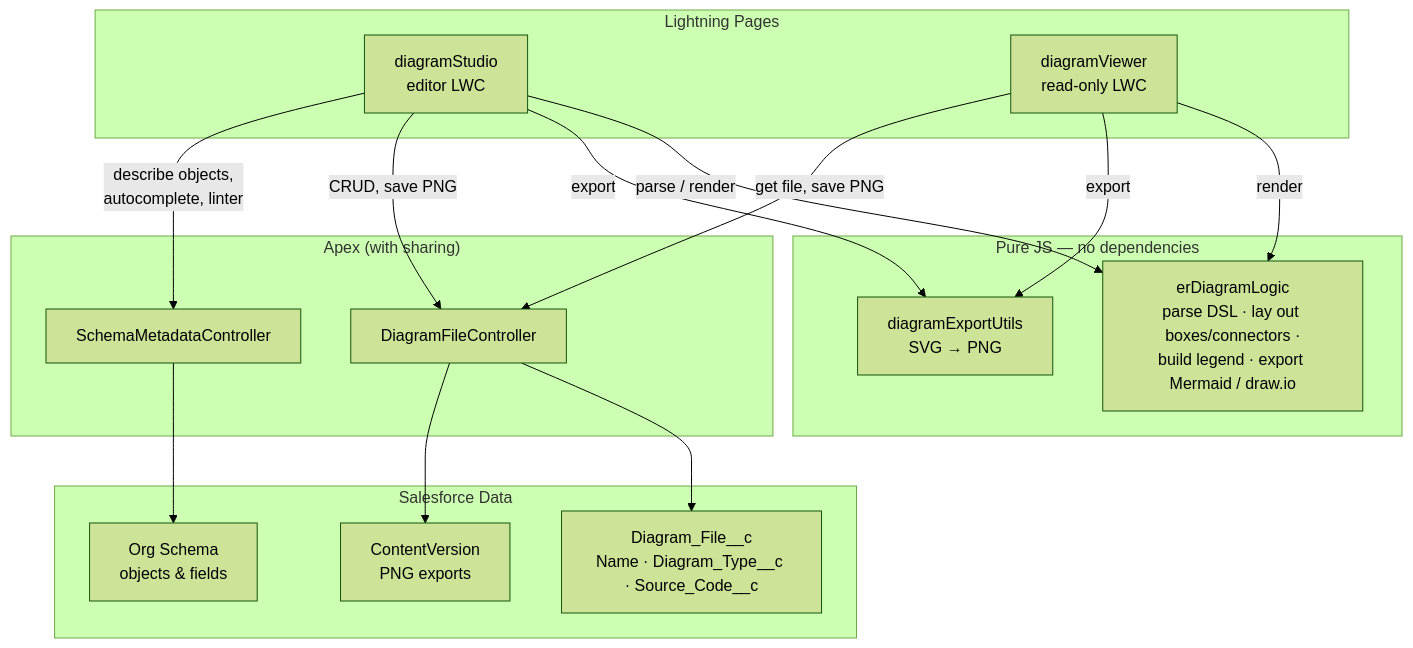
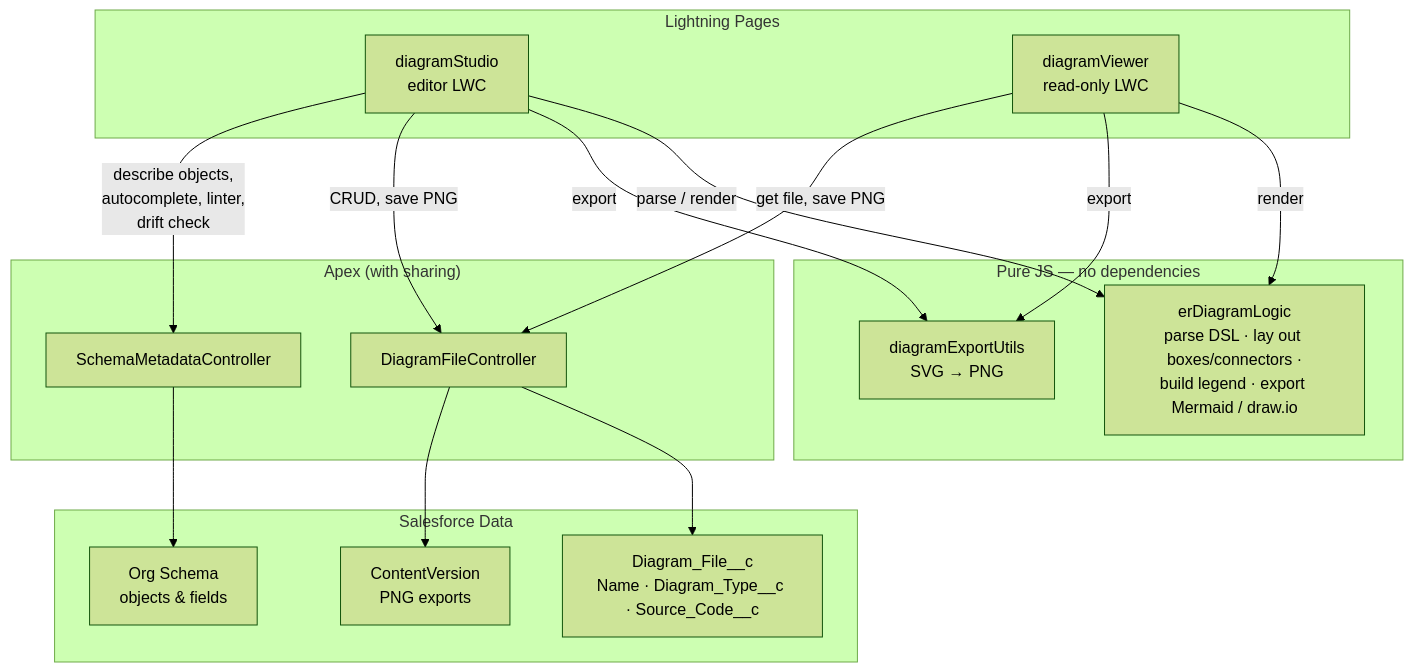
The diagram in README.md (vikascohen/Salesforce-ER-Modeller-Studio), drawn with Mermaid (forest theme) before and after one commit. The commit also changed other lines of this file and 4 other files, not shown here.

````diff
--- a/README.md
+++ b/README.md
@@ -97,36 +104,36 @@
 ```mermaid
 graph TD
     subgraph UI["Lightning Pages"]
         DS["diagramStudio<br/>editor LWC"]
         DV["diagramViewer<br/>read-only LWC"]
     end
 
     subgraph Logic["Pure JS — no dependencies"]
         ERL["erDiagramLogic<br/>parse DSL · lay out boxes/connectors ·<br/>build legend · export Mermaid / draw.io"]
         EXP["diagramExportUtils<br/>SVG → PNG"]
     end
 
     subgraph Apex["Apex (with sharing)"]
         DFC["DiagramFileController"]
         SMC["SchemaMetadataController"]
     end
 
     subgraph Data["Salesforce Data"]
         OBJ["Diagram_File__c<br/>Name · Diagram_Type__c · Source_Code__c"]
         FILES["ContentVersion<br/>PNG exports"]
         SCHEMA["Org Schema<br/>objects & fields"]
     end
 
     DS -- "parse / render" --> ERL
     DS -- "export" --> EXP
     DS -- "CRUD, save PNG" --> DFC
-    DS -- "describe objects,<br/>autocomplete, linter" --> SMC
+    DS -- "describe objects,<br/>autocomplete, linter,<br/>drift check" --> SMC
 
     DV -- "render" --> ERL
     DV -- "export" --> EXP
     DV -- "get file, save PNG" --> DFC
 
     DFC --> OBJ
     DFC --> FILES
     SMC --> SCHEMA
 ```
````
